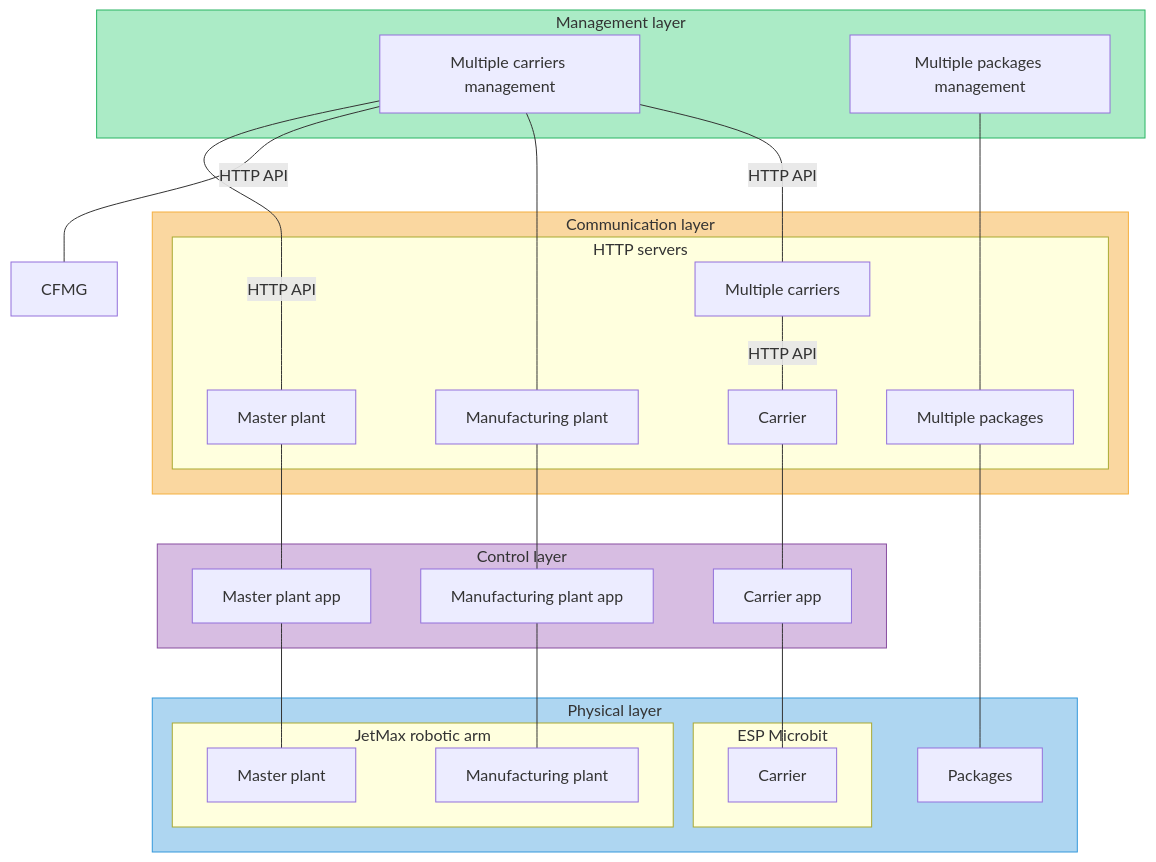
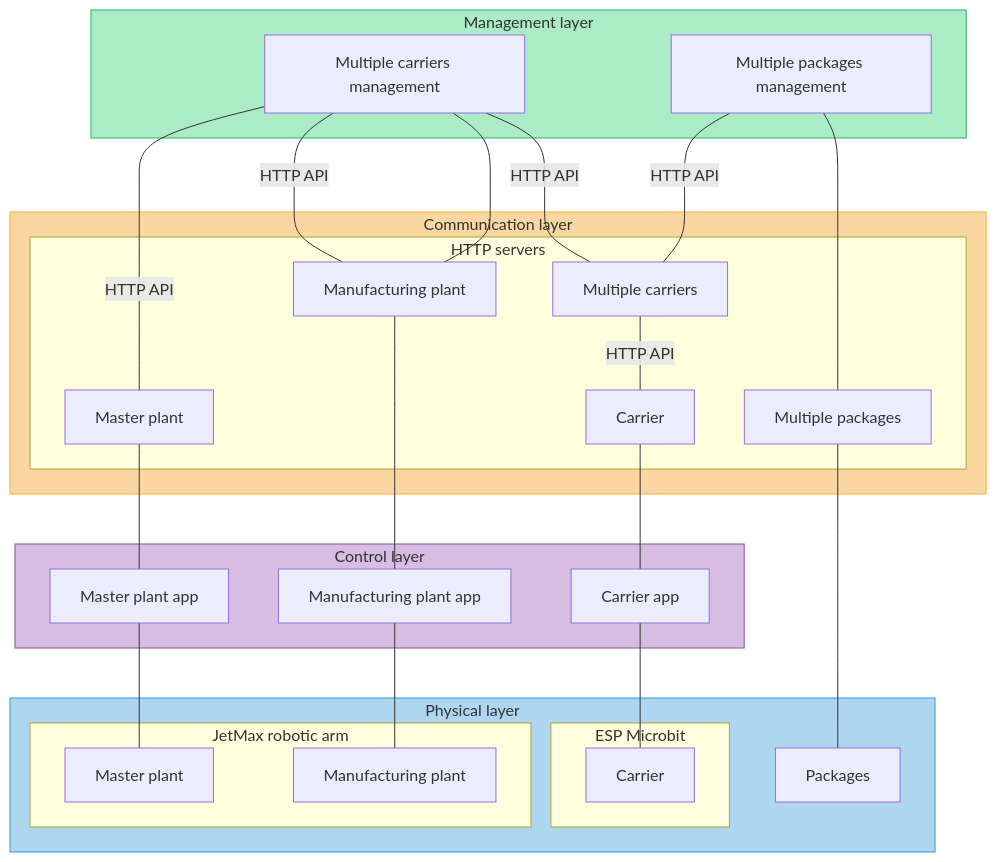
One commit to fsprojekti/shr-mfg-platform changed the first of 2 diagrams in README.md. Above: the diagram before and after it, drawn with Mermaid.

````diff
--- a/README.md
+++ b/README.md
@@ -3,53 +3,54 @@
 ```mermaid
 graph TD
 
 subgraph ML[Management layer]
     MCM[Multiple carriers management ]
     MPM[Multiple packages management]
 end
 subgraph CL[Communication layer]
     subgraph CL1[HTTP servers]
     CC[Carrier]
     CM[Master plant]
     CMFG[Manufacturing plant]
     CMC[Multiple carriers]
     CMP[Multiple packages]
     end  
 end
 subgraph AL[Control layer]
     CTM[Master plant app]
     CTC[Carrier app]
     CTMFG[Manufacturing plant app]
    
 end
 subgraph PL[Physical layer]
     subgraph PL1[ESP Microbit]
     PC[Carrier]
     end
    
     subgraph PL2[JetMax robotic arm]
         PMFG[Manufacturing plant]
         PM[Master plant]
     end
     P[Packages]
 end
 
 MCM---|HTTP API|CM
-MCM---|HTTP API|CFMG
+MCM---|HTTP API|CMFG
 MCM---CMFG
 CMFG---CTMFG---PMFG
 CM---CTM---PM
+MPM---|HTTP API|CMC
 
 MPM---CMP---P
 
 MCM---|HTTP API|CMC---|HTTP API|CC---CTC---PC
 
 
 
 style CL fill:#FAD7A0, stroke:#F5B041
 style PL fill:#AED6F1, stroke:#3498DB
 style ML fill:#ABEBC6, stroke:#28B463
 style AL fill:#D7BDE2, stroke:#884EA0
 
 
 ```
````
